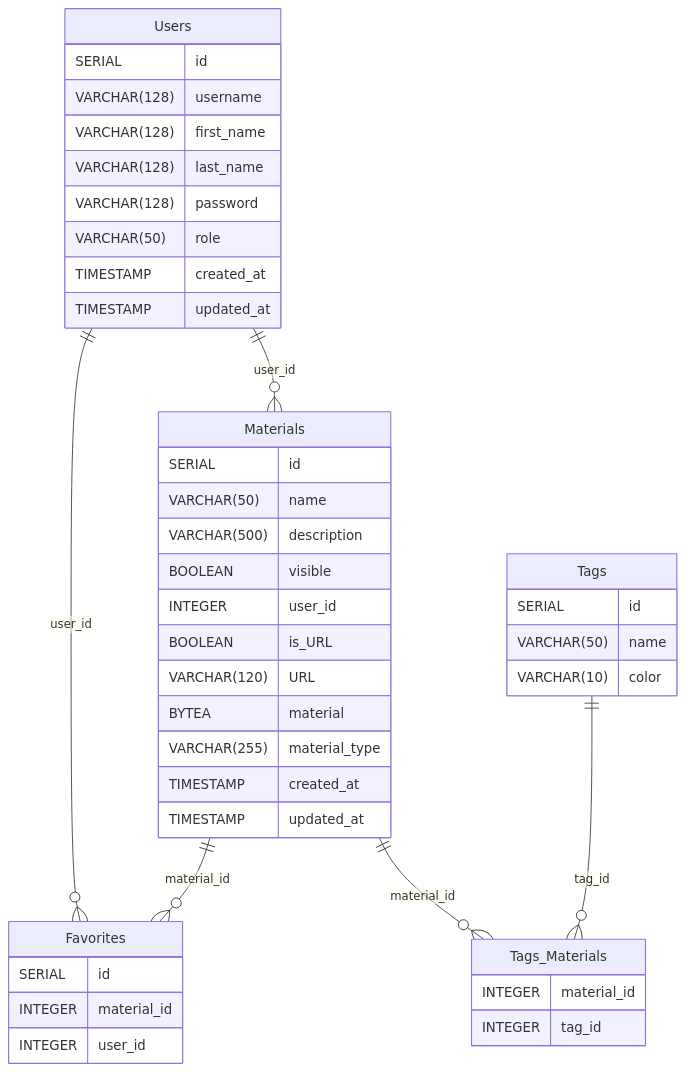
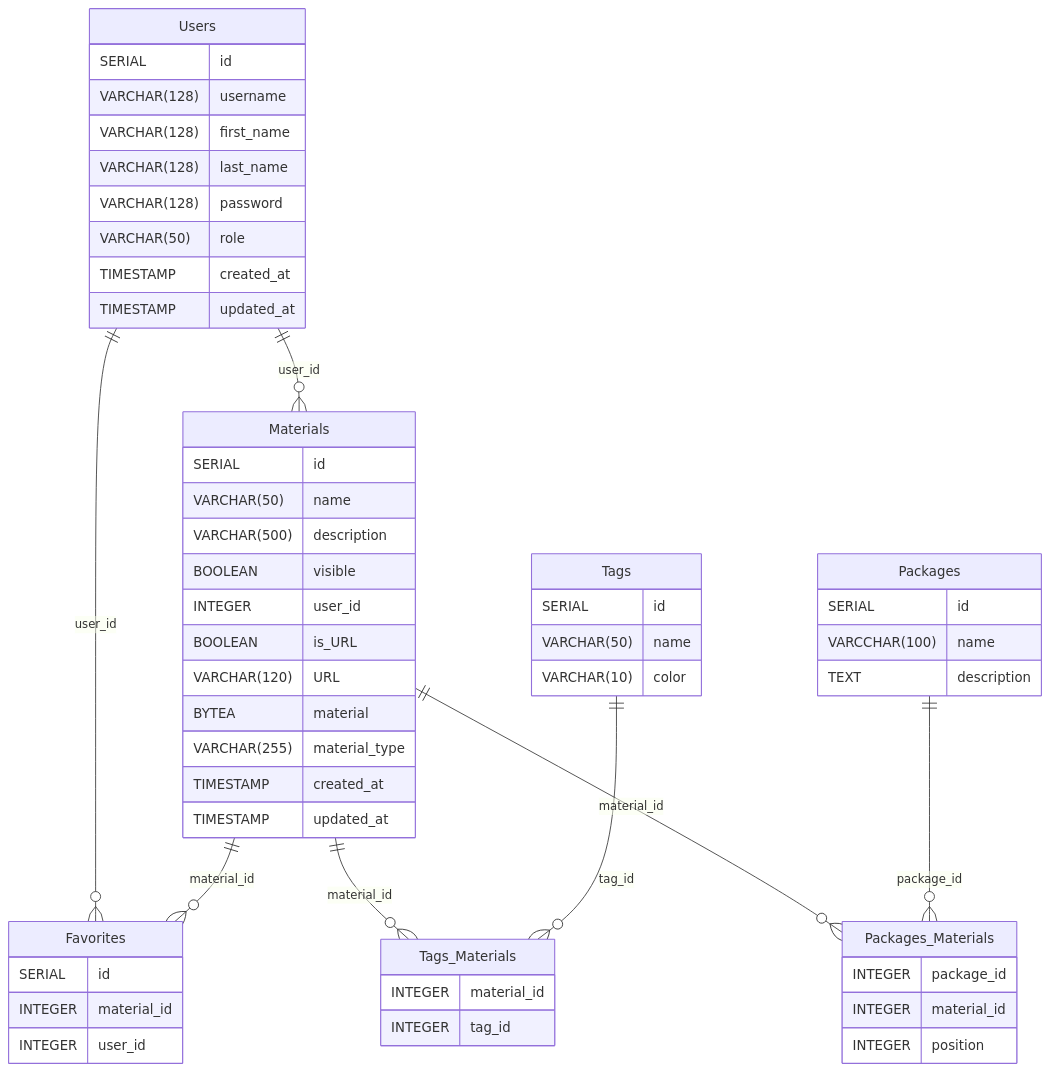
The diagram in Documentation/database.md (phuvio/Material-bank), drawn with Mermaid before and after one commit. The commit also changed 16 other files, not shown here.

````diff
--- a/Documentation/database.md
+++ b/Documentation/database.md
@@ -9,52 +9,66 @@
 ```mermaid
 erDiagram
     %% Schemas and Tables
     Materials {
         SERIAL id
         VARCHAR(50) name
         VARCHAR(500) description
         BOOLEAN visible
         INTEGER user_id
         BOOLEAN is_URL
         VARCHAR(120) URL
         BYTEA material
         VARCHAR(255) material_type
         TIMESTAMP created_at
         TIMESTAMP updated_at
     }
 
     Users {
         SERIAL id
         VARCHAR(128) username
         VARCHAR(128) first_name
         VARCHAR(128) last_name
         VARCHAR(128) password
         VARCHAR(50) role
         TIMESTAMP created_at
         TIMESTAMP updated_at
     }
 
     Tags {
         SERIAL id
         VARCHAR(50) name
         VARCHAR(10) color
     }
 
     Favorites {
         SERIAL id
         INTEGER material_id
         INTEGER user_id
     }
 
     Tags_Materials {
         INTEGER material_id
         INTEGER tag_id
     }
 
+    Packages {
+        SERIAL id
+        VARCCHAR(100) name
+        TEXT description
+    }
+
+    Packages_Materials {
+        INTEGER package_id
+        INTEGER material_id
+        INTEGER position
+    }
+
     %% Relationships
     Users ||--o{ Favorites : "user_id"
     Materials ||--o{ Favorites : "material_id"
     Materials ||--o{ Tags_Materials : "material_id"
+    Materials ||--o{ Packages_Materials : "material_id"
     Tags ||--o{ Tags_Materials : "tag_id"
     Users ||--o{ Materials : "user_id"
+    Packages ||--o{ Packages_Materials : "package_id"
 ```
````
